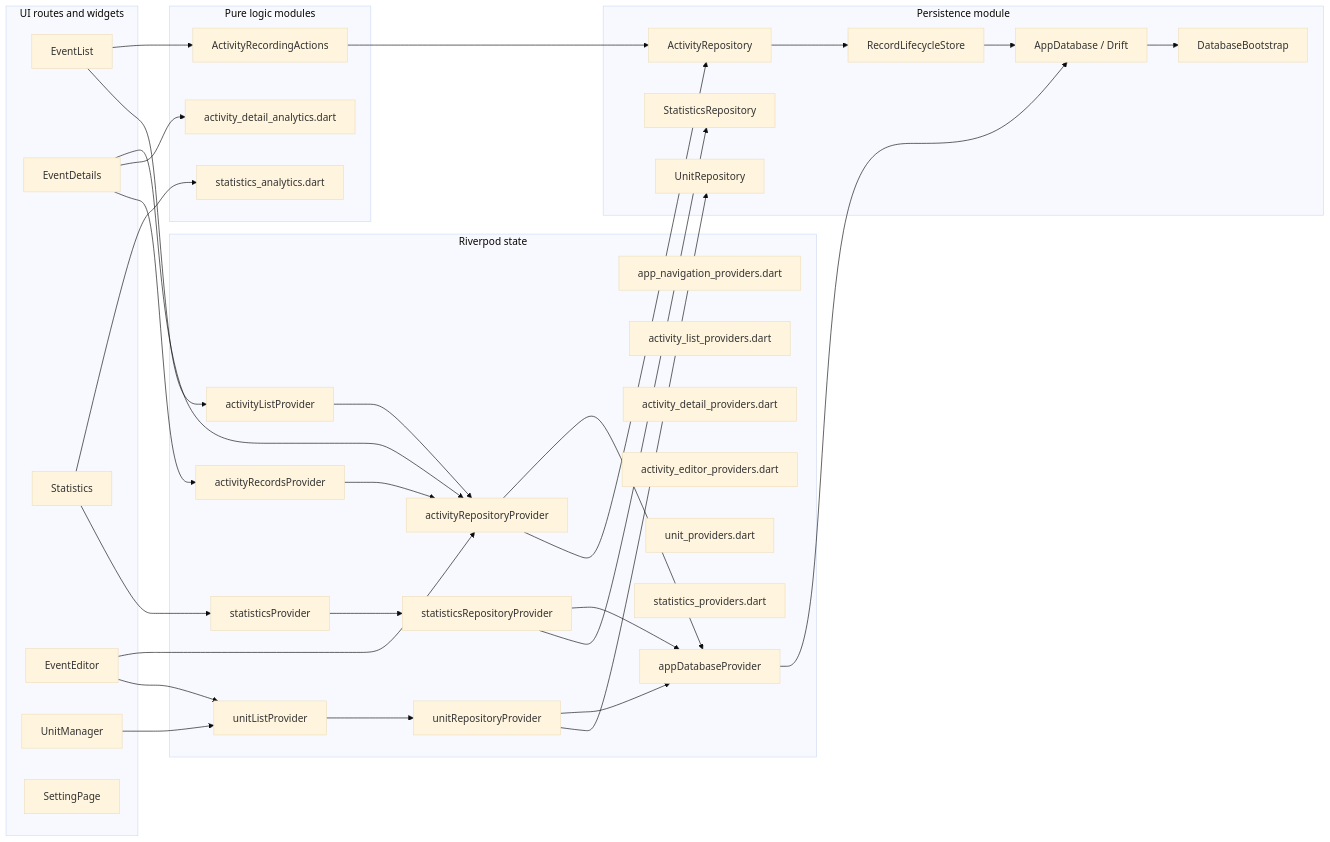
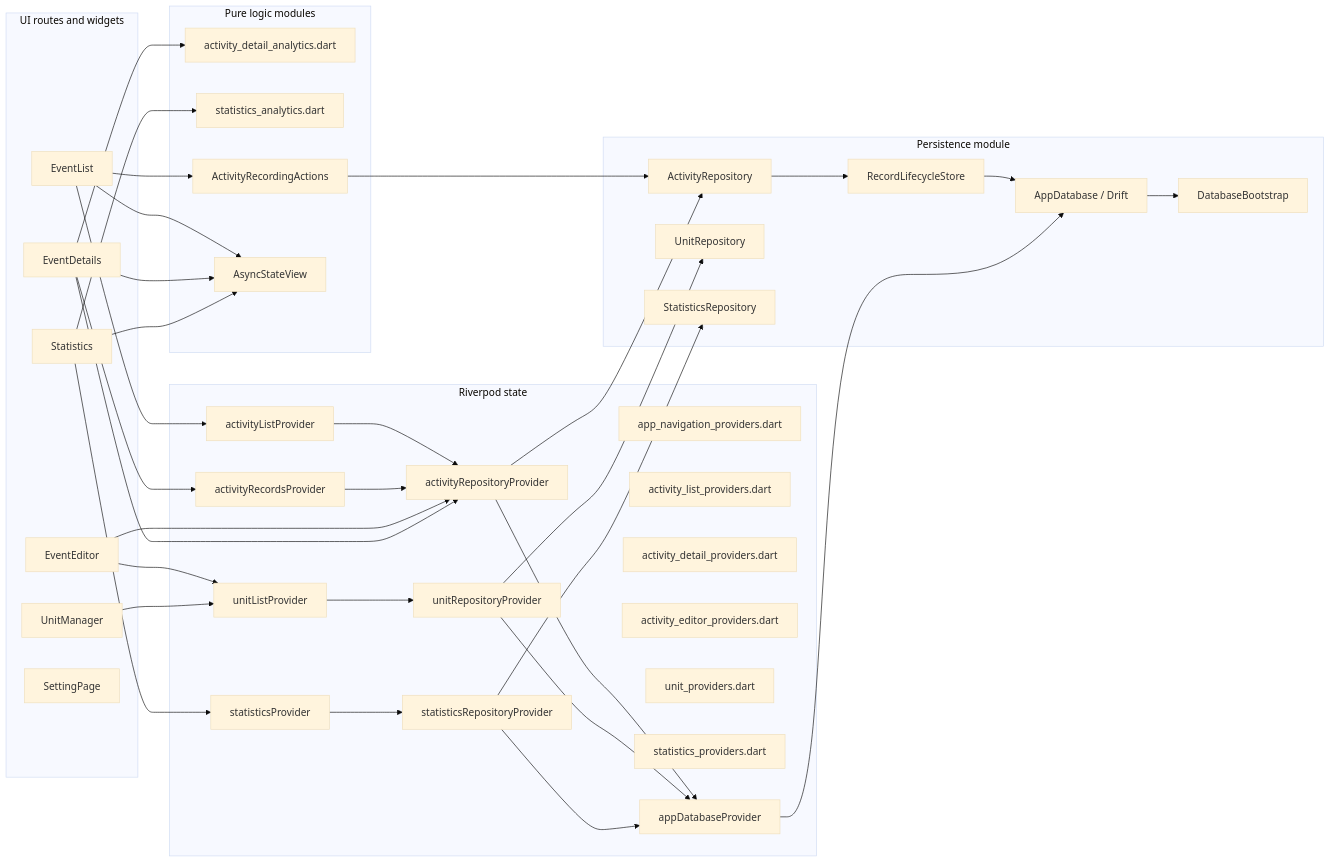
One commit to Guoyuer/eventTracker changed the first of 5 diagrams in docs/architecture/module-flow.md. Above: the diagram before and after it, drawn with Mermaid (base theme). The commit also changed other lines of this file and 12 other files, not shown here.

````diff
--- a/docs/architecture/module-flow.md
+++ b/docs/architecture/module-flow.md
@@ -7,69 +7,73 @@
 ```mermaid
 flowchart LR
   subgraph UI["UI routes and widgets"]
     EventList["EventList"]
     EventDetails["EventDetails"]
     Statistics["Statistics"]
     EventEditor["EventEditor"]
     UnitManager["UnitManager"]
     Settings["SettingPage"]
   end
 
   subgraph Logic["Pure logic modules"]
     ActivityDetailAnalytics["activity_detail_analytics.dart"]
     StatisticsAnalytics["statistics_analytics.dart"]
     ActivityRecordingActions["ActivityRecordingActions"]
+    AsyncStateView["AsyncStateView"]
   end
 
   subgraph State["Riverpod state"]
     AppNavigationProviders["app_navigation_providers.dart"]
     ActivityListProviders["activity_list_providers.dart"]
     ActivityDetailProviders["activity_detail_providers.dart"]
     ActivityEditorProviders["activity_editor_providers.dart"]
     UnitProviders["unit_providers.dart"]
     StatisticsProviders["statistics_providers.dart"]
     AppDatabaseProvider["appDatabaseProvider"]
     ActivityRepositoryProvider["activityRepositoryProvider"]
     UnitRepositoryProvider["unitRepositoryProvider"]
     StatisticsRepositoryProvider["statisticsRepositoryProvider"]
     ActivityListProvider["activityListProvider"]
     ActivityRecordsProvider["activityRecordsProvider"]
     UnitListProvider["unitListProvider"]
     StatisticsProvider["statisticsProvider"]
   end
 
   subgraph Persistence["Persistence module"]
     DatabaseBootstrap["DatabaseBootstrap"]
     ActivityRepository["ActivityRepository"]
     RecordLifecycleStore["RecordLifecycleStore"]
     UnitRepository["UnitRepository"]
     StatisticsRepository["StatisticsRepository"]
     AppDatabase["AppDatabase / Drift"]
   end
 
   EventList --> ActivityListProvider
   EventList --> ActivityRecordingActions
+  EventList --> AsyncStateView
   ActivityRecordingActions --> ActivityRepository
   ActivityListProvider --> ActivityRepositoryProvider
   EventDetails --> ActivityRecordsProvider
+  EventDetails --> AsyncStateView
   ActivityRecordsProvider --> ActivityRepositoryProvider
   EventEditor --> UnitListProvider
   UnitManager --> UnitListProvider
   UnitListProvider --> UnitRepositoryProvider
   Statistics --> StatisticsProvider
+  Statistics --> AsyncStateView
   StatisticsProvider --> StatisticsRepositoryProvider
   EventEditor --> ActivityRepositoryProvider
   EventDetails --> ActivityDetailAnalytics
   EventDetails --> ActivityRepositoryProvider
   Statistics --> StatisticsAnalytics
   ActivityRepositoryProvider --> ActivityRepository
   ActivityRepository --> RecordLifecycleStore
   RecordLifecycleStore --> AppDatabase
   UnitRepositoryProvider --> UnitRepository
   StatisticsRepositoryProvider --> StatisticsRepository
   ActivityRepositoryProvider --> AppDatabaseProvider
   UnitRepositoryProvider --> AppDatabaseProvider
   StatisticsRepositoryProvider --> AppDatabaseProvider
   AppDatabaseProvider --> AppDatabase
   AppDatabase --> DatabaseBootstrap
 ```
````
